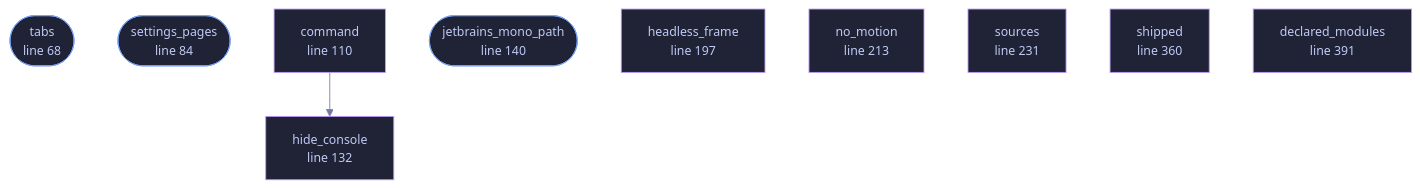
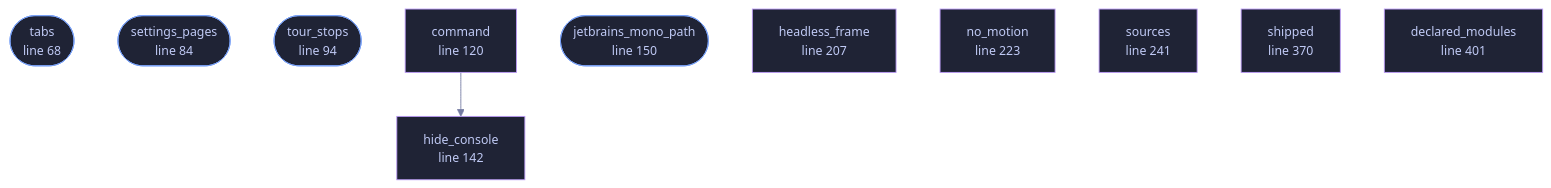
The diagram in docs/files/veilvoice-gui/lib.md (tilas01/veilvoice), drawn with Mermaid before and after one commit. The commit also changed other lines of this file and 34 other files, not shown here.

First line of the commit message:
The screenshot script keeps the whole tour shut, setup stops included

````diff
--- a/docs/files/veilvoice-gui/lib.md
+++ b/docs/files/veilvoice-gui/lib.md
@@ -106,31 +107,33 @@
 ```mermaid
 %%{init: {"theme":"base","themeVariables":{"background":"#1a1b26","primaryColor":"#1f2335","primaryTextColor":"#c0caf5","primaryBorderColor":"#7aa2f7","secondaryColor":"#16161e","tertiaryColor":"#16161e","lineColor":"#737aa2","textColor":"#c0caf5","mainBkg":"#1f2335","nodeBorder":"#7aa2f7","clusterBkg":"#16161e","clusterBorder":"#2f3549","fontFamily":"ui-monospace, SFMono-Regular, Consolas, monospace","fontSize":"14px"}}}%%
 flowchart TD
     n_tabs(["tabs<br/>line 68"])
     n_settings_pages(["settings_pages<br/>line 84"])
-    n_command["command<br/>line 110"]
-    n_hide_console["hide_console<br/>line 122"]
+    n_tour_stops(["tour_stops<br/>line 94"])
+    n_command["command<br/>line 120"]
     n_hide_console["hide_console<br/>line 132"]
-    n_jetbrains_mono_path(["jetbrains_mono_path<br/>line 140"])
-    n_headless_frame["headless_frame<br/>line 197"]
-    n_no_motion["no_motion<br/>line 213"]
-    n_sources["sources<br/>line 231"]
-    n_shipped["shipped<br/>line 360"]
-    n_declared_modules["declared_modules<br/>line 391"]
+    n_hide_console["hide_console<br/>line 142"]
+    n_jetbrains_mono_path(["jetbrains_mono_path<br/>line 150"])
+    n_headless_frame["headless_frame<br/>line 207"]
+    n_no_motion["no_motion<br/>line 223"]
+    n_sources["sources<br/>line 241"]
+    n_shipped["shipped<br/>line 370"]
+    n_declared_modules["declared_modules<br/>line 401"]
     n_command --> n_hide_console
     click n_tabs href "https://github.com/tilas01/veilvoice/blob/main/crates/veilvoice-gui/src/lib.rs#L68" "open the source"
     click n_settings_pages href "https://github.com/tilas01/veilvoice/blob/main/crates/veilvoice-gui/src/lib.rs#L84" "open the source"
-    click n_command href "https://github.com/tilas01/veilvoice/blob/main/crates/veilvoice-gui/src/lib.rs#L110" "open the source"
-    click n_hide_console href "https://github.com/tilas01/veilvoice/blob/main/crates/veilvoice-gui/src/lib.rs#L122" "open the source"
+    click n_tour_stops href "https://github.com/tilas01/veilvoice/blob/main/crates/veilvoice-gui/src/lib.rs#L94" "open the source"
+    click n_command href "https://github.com/tilas01/veilvoice/blob/main/crates/veilvoice-gui/src/lib.rs#L120" "open the source"
     click n_hide_console href "https://github.com/tilas01/veilvoice/blob/main/crates/veilvoice-gui/src/lib.rs#L132" "open the source"
-    click n_jetbrains_mono_path href "https://github.com/tilas01/veilvoice/blob/main/crates/veilvoice-gui/src/lib.rs#L140" "open the source"
-    click n_headless_frame href "https://github.com/tilas01/veilvoice/blob/main/crates/veilvoice-gui/src/lib.rs#L197" "open the source"
-    click n_no_motion href "https://github.com/tilas01/veilvoice/blob/main/crates/veilvoice-gui/src/lib.rs#L213" "open the source"
-    click n_sources href "https://github.com/tilas01/veilvoice/blob/main/crates/veilvoice-gui/src/lib.rs#L231" "open the source"
-    click n_shipped href "https://github.com/tilas01/veilvoice/blob/main/crates/veilvoice-gui/src/lib.rs#L360" "open the source"
-    click n_declared_modules href "https://github.com/tilas01/veilvoice/blob/main/crates/veilvoice-gui/src/lib.rs#L391" "open the source"
+    click n_hide_console href "https://github.com/tilas01/veilvoice/blob/main/crates/veilvoice-gui/src/lib.rs#L142" "open the source"
+    click n_jetbrains_mono_path href "https://github.com/tilas01/veilvoice/blob/main/crates/veilvoice-gui/src/lib.rs#L150" "open the source"
+    click n_headless_frame href "https://github.com/tilas01/veilvoice/blob/main/crates/veilvoice-gui/src/lib.rs#L207" "open the source"
+    click n_no_motion href "https://github.com/tilas01/veilvoice/blob/main/crates/veilvoice-gui/src/lib.rs#L223" "open the source"
+    click n_sources href "https://github.com/tilas01/veilvoice/blob/main/crates/veilvoice-gui/src/lib.rs#L241" "open the source"
+    click n_shipped href "https://github.com/tilas01/veilvoice/blob/main/crates/veilvoice-gui/src/lib.rs#L370" "open the source"
+    click n_declared_modules href "https://github.com/tilas01/veilvoice/blob/main/crates/veilvoice-gui/src/lib.rs#L401" "open the source"
     classDef entry fill:#1f2335,stroke:#7aa2f7,color:#c0caf5
-    class n_tabs,n_settings_pages,n_jetbrains_mono_path entry
+    class n_tabs,n_settings_pages,n_tour_stops,n_jetbrains_mono_path entry
     classDef helper fill:#1f2335,stroke:#bb9af7,color:#c0caf5
     class n_command,n_hide_console,n_hide_console,n_headless_frame,n_no_motion,n_sources,n_shipped,n_declared_modules helper
 ```
````
